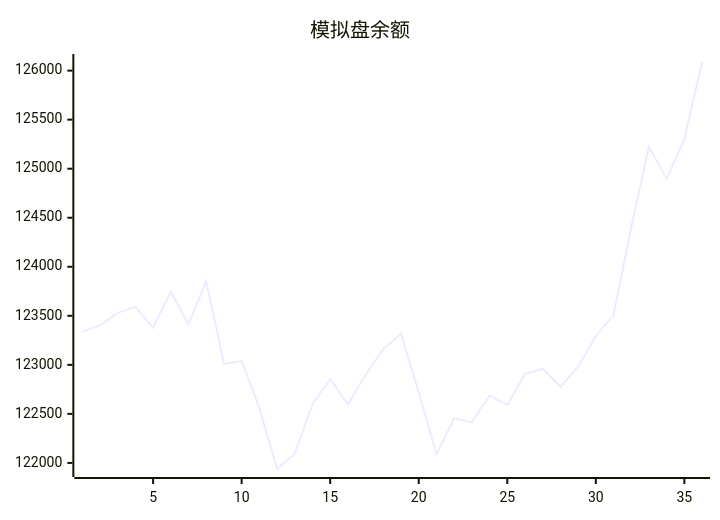
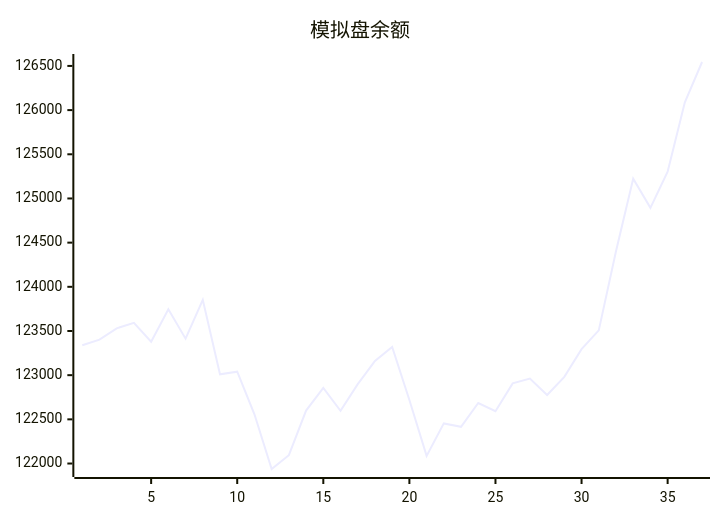
Before and after one commit to aahl/mcp-aktools: the diagram in trading/README.md, drawn with Mermaid. The commit also changed 1 other file, not shown here.

Commit message:
📈 Auto Trading Result

````diff
--- a/trading/README.md
+++ b/trading/README.md
@@ -3,5 +3,5 @@
 ```mermaid
 xychart
     title "模拟盘余额"
-    line [123337.9,123402.4,123530.3,123591.6,123377.9,123745.3,123413.3,123853.1,123009.4,123039.8,122557.0,121938.0,122094.6,122599.0,122856.1,122597.3,122898.1,123160.2,123318.8,122719.1,122086.7,122454.1,122415.9,122685.2,122591.9,122906.8,122960.7,122775.6,122980.9,123294.6,123507.0,124402.7,125223.7,124894.0,125303.1,126088.0]
+    line [123337.9,123402.4,123530.3,123591.6,123377.9,123745.3,123413.3,123853.1,123009.4,123039.8,122557.0,121938.0,122094.6,122599.0,122856.1,122597.3,122898.1,123160.2,123318.8,122719.1,122086.7,122454.1,122415.9,122685.2,122591.9,122906.8,122960.7,122775.6,122980.9,123294.6,123507.0,124402.7,125223.7,124894.0,125303.1,126088.0,126544.5]
 ```
````
